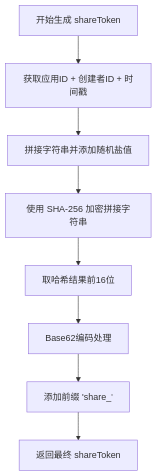
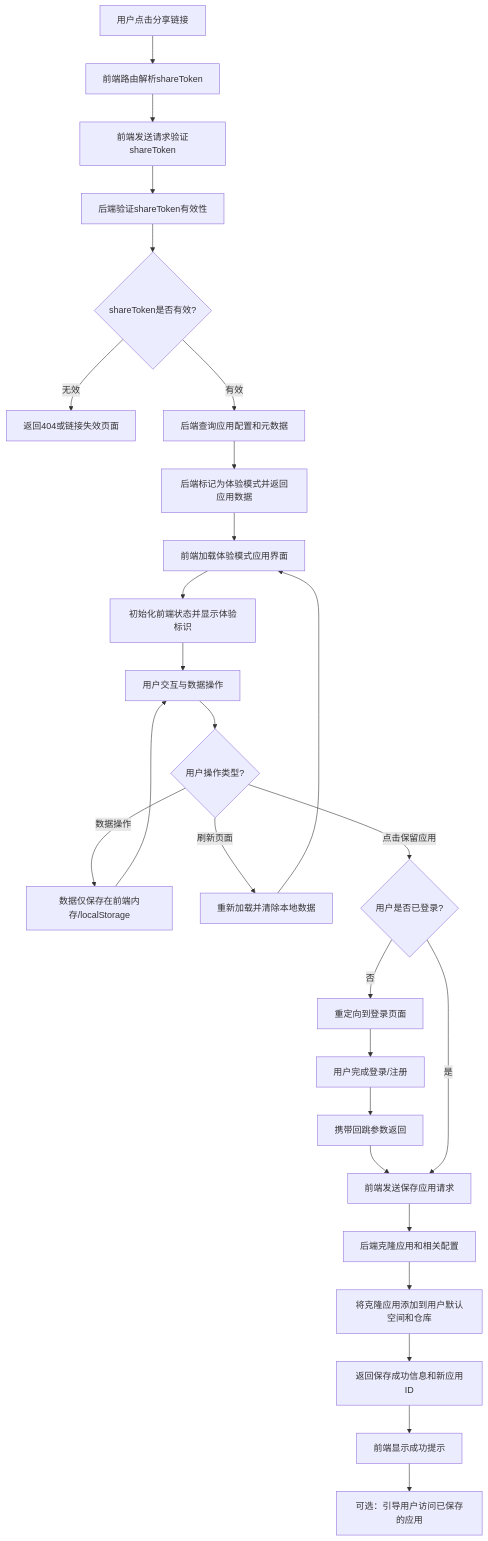
Before and after one commit to yingjianzh/iodraw-files: the diagram in all/未命名-65.md, drawn with Mermaid.

Commit message:
2025-05-22 10:18:26 update

````diff
--- a/all/未命名-65.md
+++ b/all/未命名-65.md
@@ -1,10 +1,29 @@
 ```mermaid
 flowchart TD
-    A[开始生成 shareToken] --> B[获取应用ID + 创建者ID + 时间戳]
-    B --> C[拼接字符串并添加随机盐值]
-    C --> D[使用 SHA-256 加密拼接字符串]
-    D --> E[取哈希结果前16位]
-    E --> F[Base62编码处理]
-    F --> G[添加前缀 'share_']
-    G --> H[返回最终 shareToken]
+    A[用户点击分享链接] --> B[前端路由解析shareToken]
+    B --> C[前端发送请求验证shareToken]
+    C --> D[后端验证shareToken有效性]
+    D --> E{shareToken是否有效?}
+    E -->|无效| F[返回404或链接失效页面]
+    E -->|有效| G[后端查询应用配置和元数据]
+    G --> H[后端标记为体验模式并返回应用数据]
+    H --> I[前端加载体验模式应用界面]
+    I --> J[初始化前端状态并显示体验标识]
+    J --> K[用户交互与数据操作]
+    K --> L{用户操作类型?}
+    L -->|数据操作| M[数据仅保存在前端内存/localStorage]
+    M --> K
+    L -->|刷新页面| N[重新加载并清除本地数据]
+    N --> I
+    L -->|点击保留应用| O{用户是否已登录?}
+    O -->|否| P[重定向到登录页面]
+    P --> Q[用户完成登录/注册]
+    Q --> R[携带回跳参数返回]
+    R --> S[前端发送保存应用请求]
+    O -->|是| S
+    S --> T[后端克隆应用和相关配置]
+    T --> U[将克隆应用添加到用户默认空间和仓库]
+    U --> V[返回保存成功信息和新应用ID]
+    V --> W[前端显示成功提示]
+    W --> X[可选：引导用户访问已保存的应用]
 ```
````
